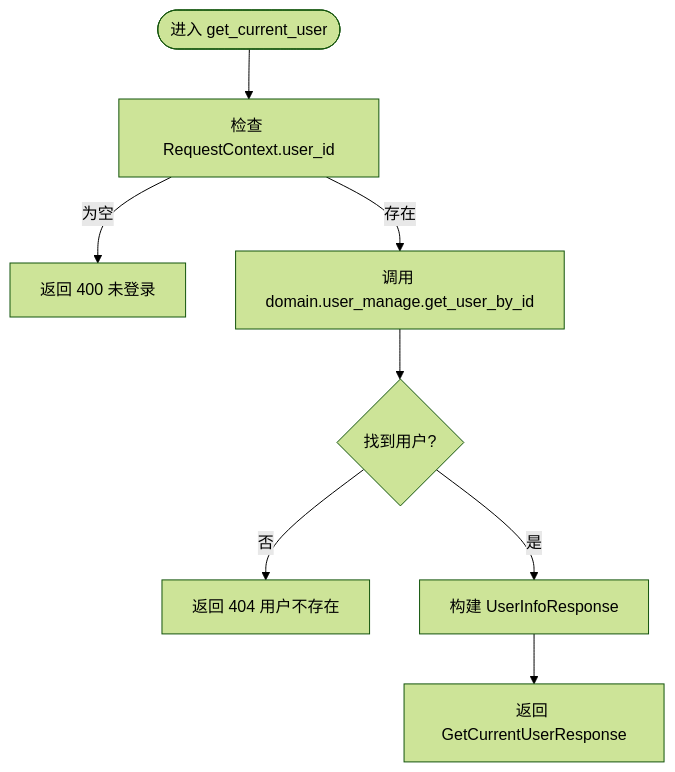
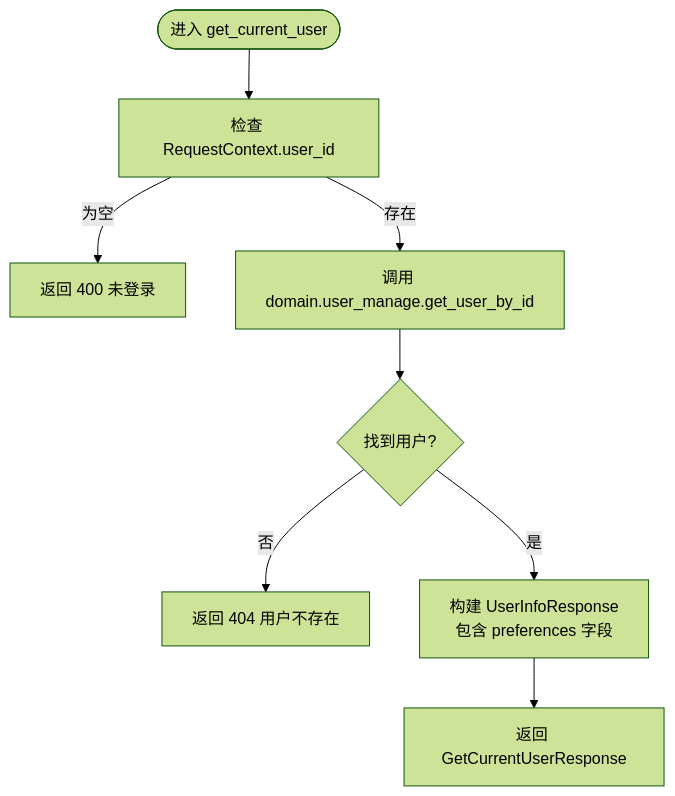
The third of 7 diagrams in .qoder/repowiki/zh/content/API 参考/RESTful API/用户管理模块 API.md (runningcoders/ai_orz), drawn with Mermaid (forest theme) before and after one commit. The commit also changed other lines of this file and 5 other files, not shown here.

````diff
--- a/.qoder/repowiki/zh/content/API 参考/RESTful API/用户管理模块 API.md
+++ b/.qoder/repowiki/zh/content/API 参考/RESTful API/用户管理模块 API.md
@@ -130,10 +147,10 @@
 ```mermaid
 flowchart TD
 Start(["进入 get_current_user"]) --> CheckCtx["检查 RequestContext.user_id"]
 CheckCtx --> |为空| Err400["返回 400 未登录"]
 CheckCtx --> |存在| CallDomain["调用 domain.user_manage.get_user_by_id"]
 CallDomain --> Found{"找到用户?"}
 Found --> |否| Err404["返回 404 用户不存在"]
-Found --> |是| BuildResp["构建 UserInfoResponse"]
+Found --> |是| BuildResp["构建 UserInfoResponse<br/>包含 preferences 字段"]
 BuildResp --> Return["返回 GetCurrentUserResponse"]
 ```
````
